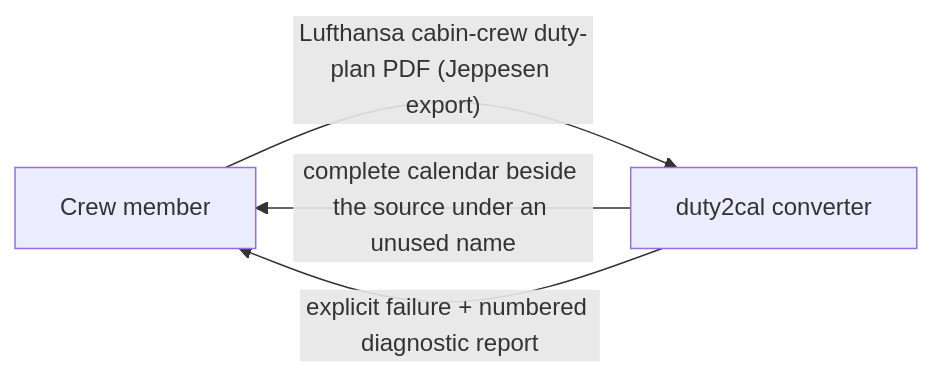
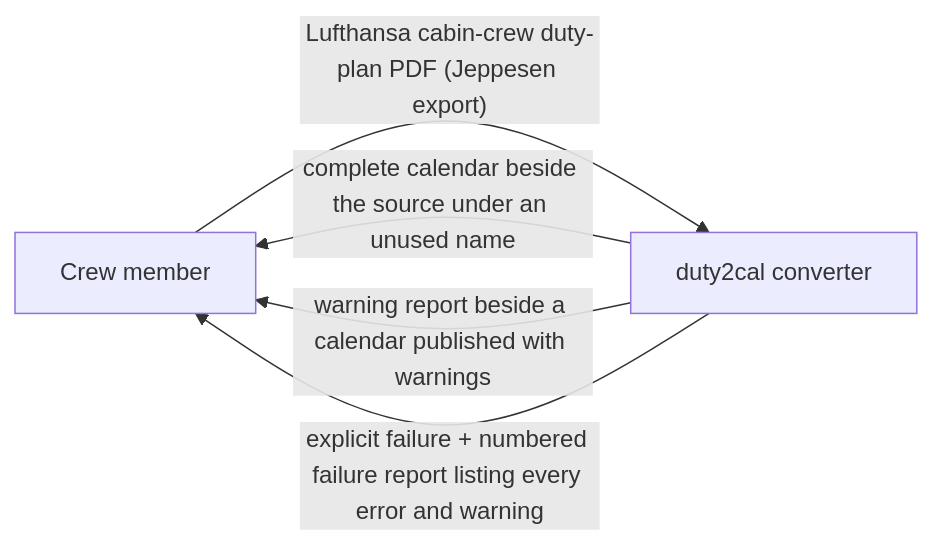
Before and after one commit to duty2cal/duty2cal: the first of 7 diagrams in docs/arc42/03-context-and-scope.md, drawn with Mermaid. The commit also changed other lines of this file and 18 other files, not shown here.

````diff
--- a/docs/arc42/03-context-and-scope.md
+++ b/docs/arc42/03-context-and-scope.md
@@ -7,6 +7,7 @@
 ```mermaid
 flowchart LR
   crew["Crew member"] -->|"Lufthansa cabin-crew duty-plan PDF (Jeppesen export)"| conv["duty2cal converter"]
   conv -->|"complete calendar beside the source under an unused name"| crew
-  conv -->|"explicit failure + numbered diagnostic report"| crew
+  conv -->|"warning report beside a calendar published with warnings"| crew
+  conv -->|"explicit failure + numbered failure report listing every error and warning"| crew
 ```
````
